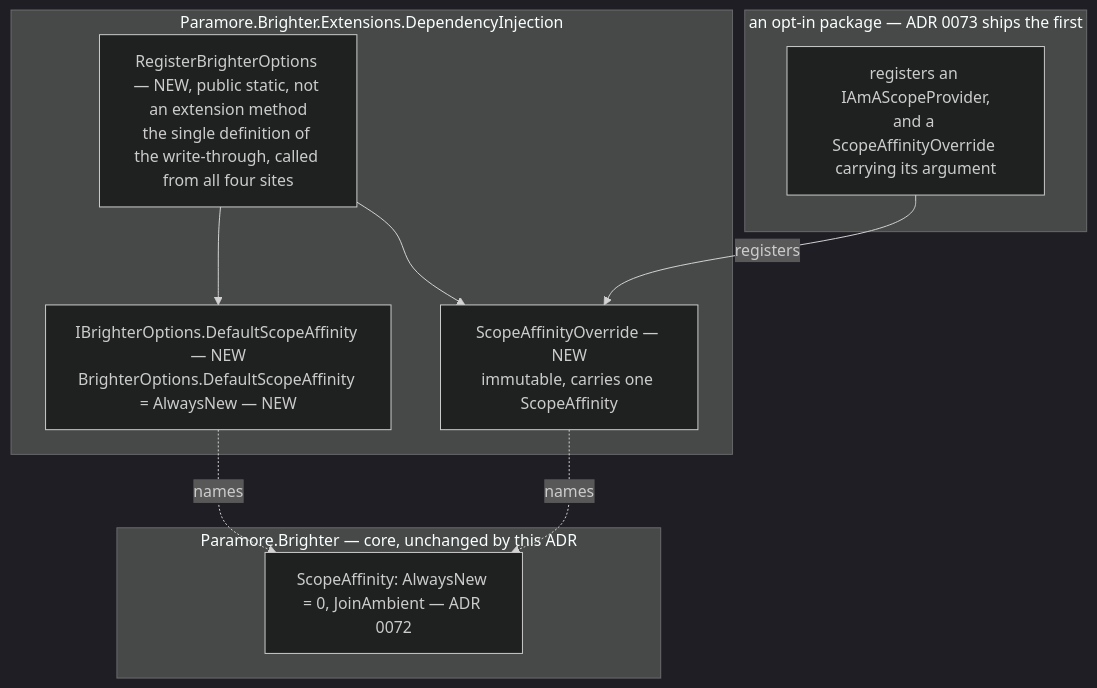
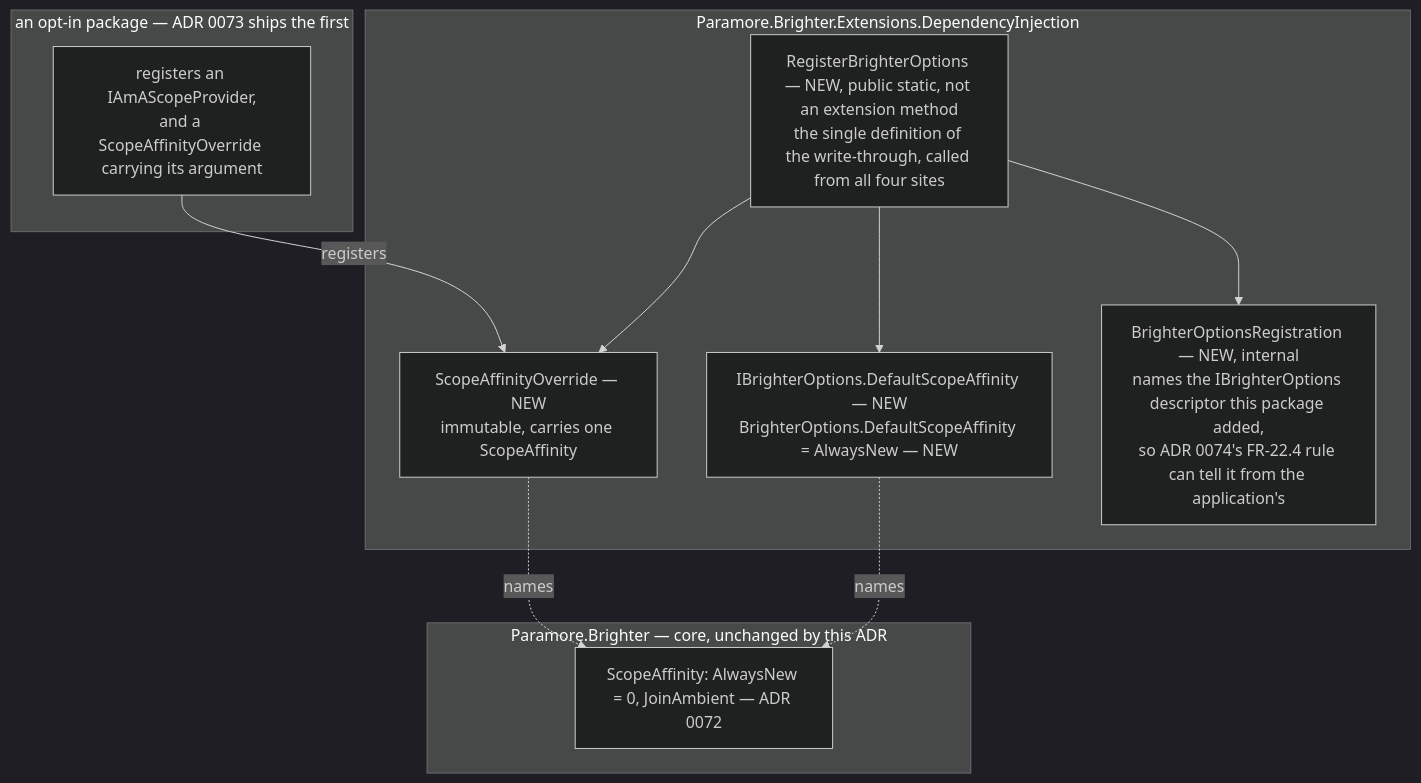
One commit to BrighterCommand/Brighter changed the third of 3 diagrams in docs/adr/0076-scope-affinity-option-and-write-through.md. Above: the diagram before and after it, drawn with Mermaid (dark theme). The commit also changed other lines of this file and 3 other files, not shown here.

First line of the commit message:
docs: ADR 0074 gains FR-22.4 as a sixth rule; 0076 states the limit that causes it

````diff
--- a/docs/adr/0076-scope-affinity-option-and-write-through.md
+++ b/docs/adr/0076-scope-affinity-option-and-write-through.md
@@ -133,22 +133,24 @@
 ```mermaid
 flowchart TB
     subgraph core["Paramore.Brighter — core, unchanged by this ADR"]
         affinity["ScopeAffinity: AlwaysNew = 0, JoinAmbient — ADR 0072"]
     end
 
     subgraph di["Paramore.Brighter.Extensions.DependencyInjection"]
         opt["IBrighterOptions.DefaultScopeAffinity — NEW<br/>BrighterOptions.DefaultScopeAffinity = AlwaysNew — NEW"]
         ovr["ScopeAffinityOverride — NEW<br/>immutable, carries one ScopeAffinity"]
         reg["RegisterBrighterOptions — NEW, public static, not an extension method<br/>the single definition of the write-through, called from all four sites"]
+        rec["BrighterOptionsRegistration — NEW, internal<br/>names the IBrighterOptions descriptor this package added,<br/>so ADR 0074's FR-22.4 rule can tell it from the application's"]
         reg --> opt
         reg --> ovr
+        reg --> rec
     end
 
     subgraph optin["an opt-in package — ADR 0073 ships the first"]
         extn["registers an IAmAScopeProvider,<br/>and a ScopeAffinityOverride carrying its argument"]
     end
 
     opt -. "names" .-> affinity
     ovr -. "names" .-> affinity
     extn -- "registers" --> ovr
 ```
````
